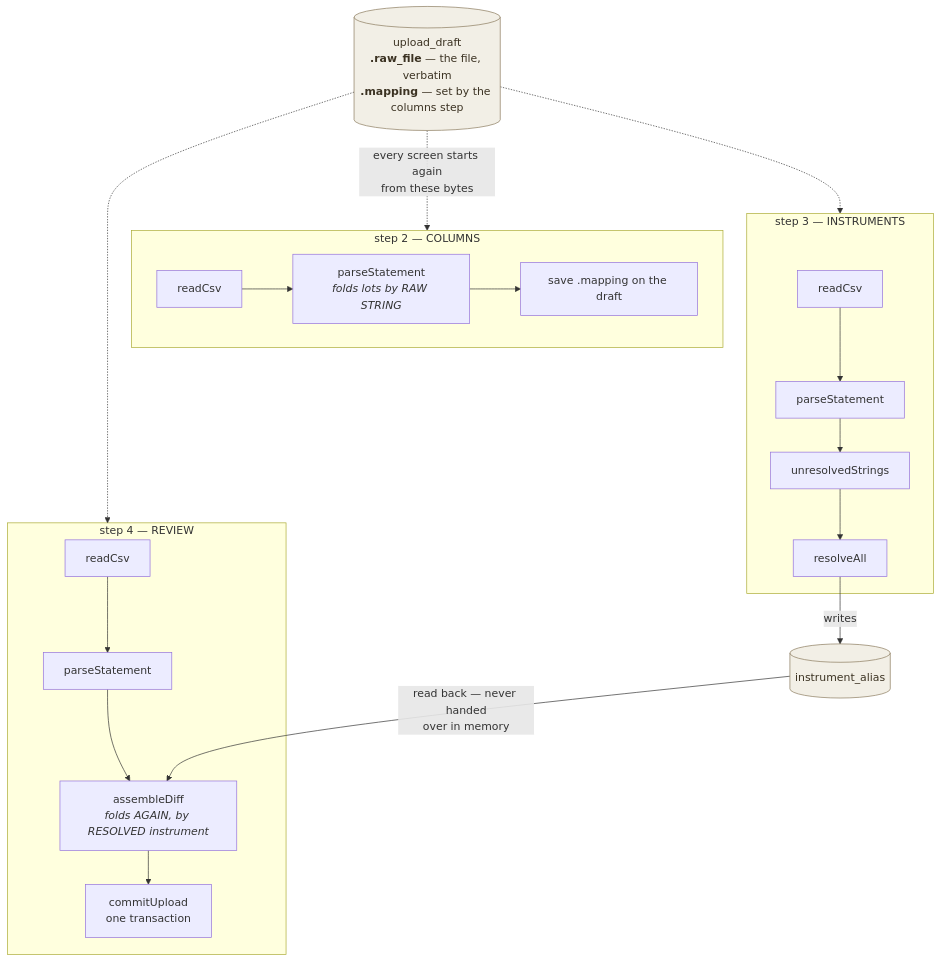
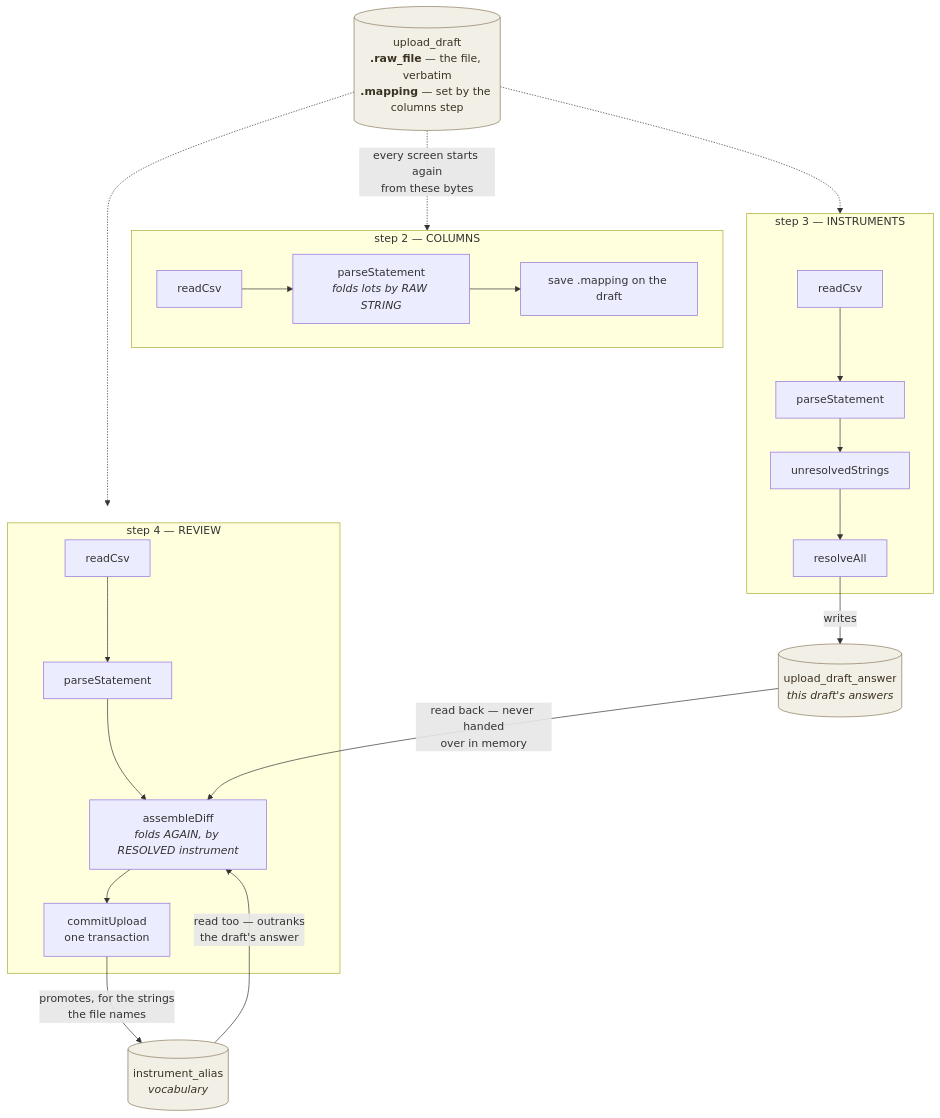
Before and after one commit to chethan123/portfolio: the sixth of 11 diagrams in ARCHITECTURE.md, drawn with Mermaid. The commit also changed other lines of this file and 31 other files, not shown here.

First line of the commit message:
Keep first-sighting answers with the draft until recorded, and add Settings → Instruments for aliases (#330)

````diff
--- a/ARCHITECTURE.md
+++ b/ARCHITECTURE.md
@@ -925,27 +940,30 @@
 ```mermaid
 flowchart TD
     D[("upload_draft<br/><b>.raw_file</b> — the file, verbatim<br/><b>.mapping</b> — set by the columns step")]
 
     D -.->|"every screen starts again<br/>from these bytes"| C
     D -.-> I
     D -.-> R
 
     subgraph C["step 2 — COLUMNS"]
         C1["readCsv"] --> C2["parseStatement<br/><i>folds lots by RAW STRING</i>"] --> C3["save .mapping on the draft"]
     end
 
     subgraph I["step 3 — INSTRUMENTS"]
         I1["readCsv"] --> I2["parseStatement"] --> I3["unresolvedStrings"] --> I4["resolveAll"]
     end
 
     subgraph R["step 4 — REVIEW"]
         R1["readCsv"] --> R2["parseStatement"] --> R3["assembleDiff<br/><i>folds AGAIN, by RESOLVED instrument</i>"] --> R4["commitUpload<br/>one transaction"]
     end
 
-    A[("instrument_alias")]
-    I4 -->|writes| A
-    A -->|"read back — never handed<br/>over in memory"| R3
+    DA[("upload_draft_answer<br/><i>this draft's answers</i>")]
+    A[("instrument_alias<br/><i>vocabulary</i>")]
+    I4 -->|writes| DA
+    DA -->|"read back — never handed<br/>over in memory"| R3
+    A -->|"read too — outranks<br/>the draft's answer"| R3
+    R4 -->|"promotes, for the strings<br/>the file names"| A
 
     classDef store fill:#f2efe6,stroke:#8a7a5c,color:#3b3222
-    class D,A store
+    class D,DA,A store
 ```
````
